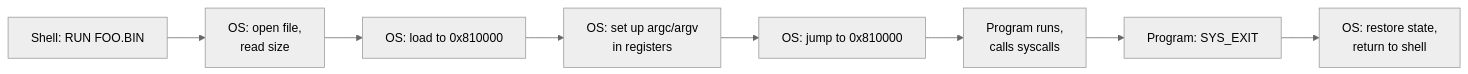
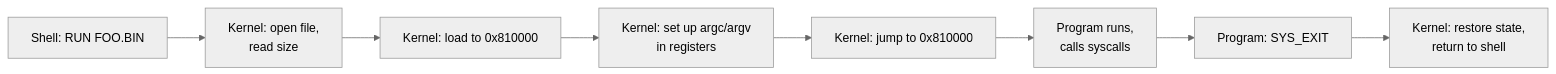
The fifth of 6 diagrams in docs/os-spec.md (benpayne/learn-fpga), drawn with Mermaid (neutral theme) before and after one commit. The commit also changed other lines of this file, not shown here.

Commit message:
Rename OS to kernel, clarify BIOS/kernel/app layering

````diff
--- a/docs/os-spec.md
+++ b/docs/os-spec.md
@@ -294,10 +300,10 @@
 ```mermaid
 graph LR
-    A["Shell: RUN FOO.BIN"] --> B["OS: open file,<br/>read size"]
-    B --> C["OS: load to 0x810000"]
-    C --> D["OS: set up argc/argv<br/>in registers"]
-    D --> E["OS: jump to 0x810000"]
+    A["Shell: RUN FOO.BIN"] --> B["Kernel: open file,<br/>read size"]
+    B --> C["Kernel: load to 0x810000"]
+    C --> D["Kernel: set up argc/argv<br/>in registers"]
+    D --> E["Kernel: jump to 0x810000"]
     E --> F["Program runs,<br/>calls syscalls"]
     F --> G["Program: SYS_EXIT"]
-    G --> H["OS: restore state,<br/>return to shell"]
+    G --> H["Kernel: restore state,<br/>return to shell"]
 ```
````
